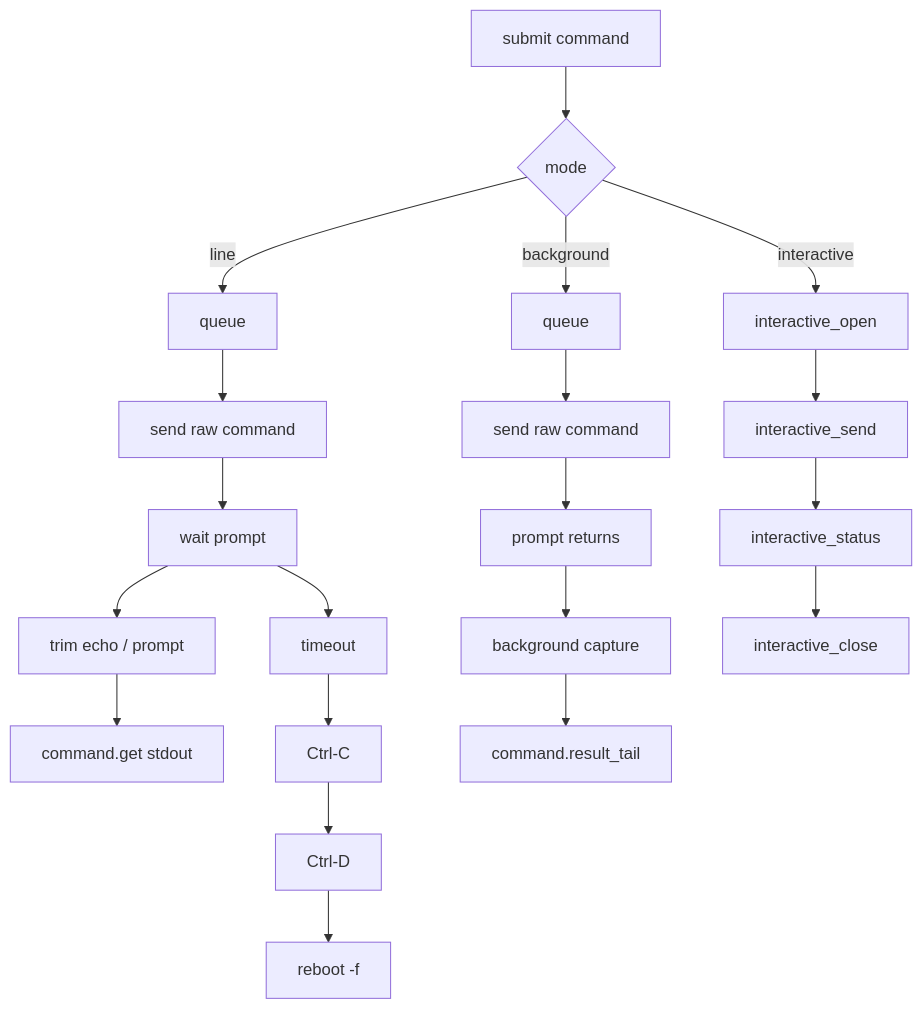
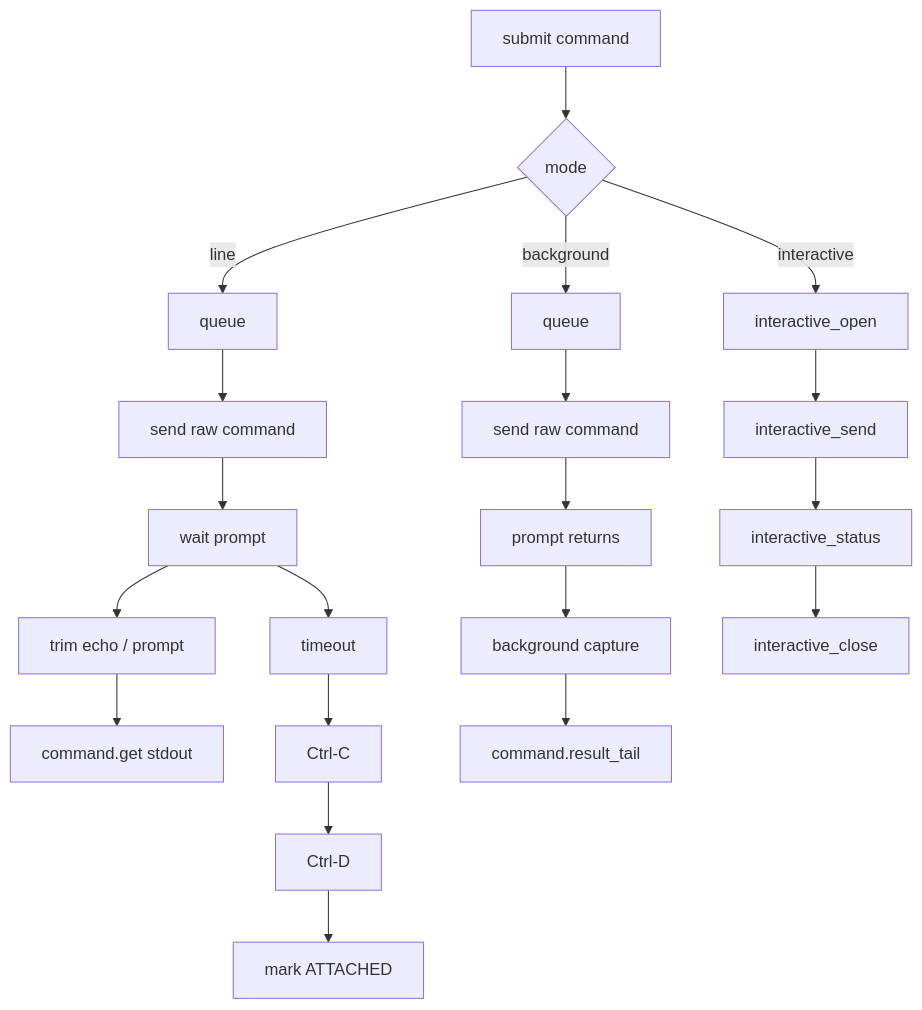
Before and after one commit to hamanpaul/serialwrap: the third of 3 diagrams in docs/serialwrap-spec.md, drawn with Mermaid. The commit also changed other lines of this file and 15 other files, not shown here.

````diff
--- a/docs/serialwrap-spec.md
+++ b/docs/serialwrap-spec.md
@@ -231,26 +239,26 @@
 ```mermaid
 flowchart TD
     SUBMIT["submit command"] --> MODE{"mode"}
 
     MODE -->|line| LQ["queue"]
     LQ --> LS["send raw command"]
     LS --> LP["wait prompt"]
     LP --> LO["trim echo / prompt"]
     LO --> LR["command.get stdout"]
 
     MODE -->|background| BQ["queue"]
     BQ --> BS["send raw command"]
     BS --> BP["prompt returns"]
     BP --> BC["background capture"]
     BC --> BR["command.result_tail"]
 
     MODE -->|interactive| IO["interactive_open"]
     IO --> IK["interactive_send"]
     IK --> IS["interactive_status"]
     IS --> IC["interactive_close"]
 
     LP --> TO["timeout"]
     TO --> RC["Ctrl-C"]
     RC --> RD["Ctrl-D"]
-    RD --> RB["reboot -f"]
+    RD --> RA["mark ATTACHED"]
 ```
````
